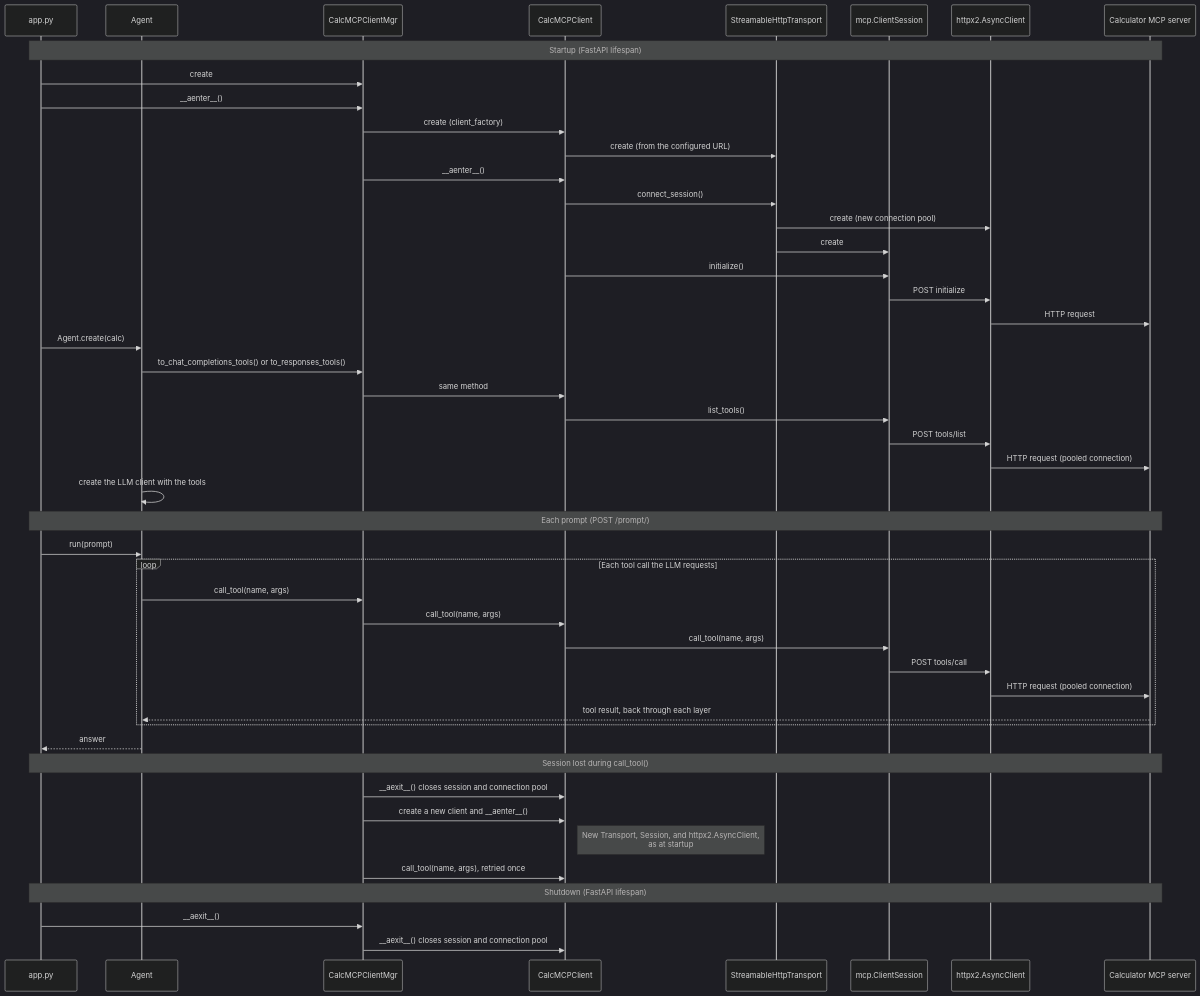
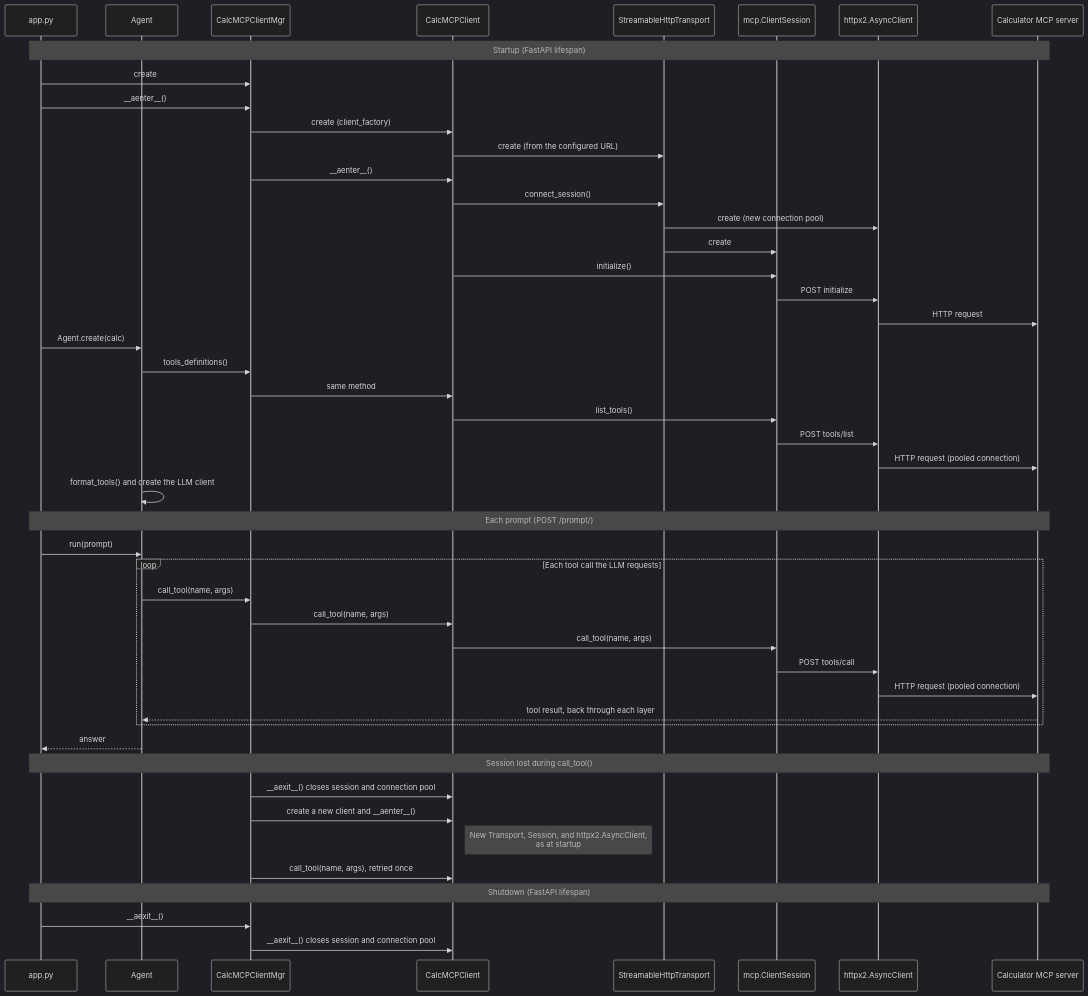
One commit to rubensgomes-org/math-ai-agent changed the diagram in docs/SEQUENCE_DIAGRAM.md. Above: the diagram before and after it, drawn with Mermaid (dark theme). The commit also changed 18 other files, not shown here.

````diff
--- a/docs/SEQUENCE_DIAGRAM.md
+++ b/docs/SEQUENCE_DIAGRAM.md
@@ -11,53 +11,53 @@
 ```mermaid
 sequenceDiagram
     participant App as app.py
     participant Agent
     participant Conn as CalcMCPClientMgr
     participant Client as CalcMCPClient
     participant Transport as StreamableHttpTransport
     participant Session as mcp.ClientSession
     participant Http as httpx2.AsyncClient
     participant Server as Calculator MCP server
 
     Note over App,Server: Startup (FastAPI lifespan)
     App->>Conn: create
     App->>Conn: __aenter__()
     Conn->>Client: create (client_factory)
     Client->>Transport: create (from the configured URL)
     Conn->>Client: __aenter__()
     Client->>Transport: connect_session()
     Transport->>Http: create (new connection pool)
     Transport->>Session: create
     Client->>Session: initialize()
     Session->>Http: POST initialize
     Http->>Server: HTTP request
     App->>Agent: Agent.create(calc)
-    Agent->>Conn: to_chat_completions_tools() or to_responses_tools()
+    Agent->>Conn: tools_definitions()
     Conn->>Client: same method
     Client->>Session: list_tools()
     Session->>Http: POST tools/list
     Http->>Server: HTTP request (pooled connection)
-    Agent->>Agent: create the LLM client with the tools
+    Agent->>Agent: format_tools() and create the LLM client
 
     Note over App,Server: Each prompt (POST /prompt/)
     App->>Agent: run(prompt)
     loop Each tool call the LLM requests
         Agent->>Conn: call_tool(name, args)
         Conn->>Client: call_tool(name, args)
         Client->>Session: call_tool(name, args)
         Session->>Http: POST tools/call
         Http->>Server: HTTP request (pooled connection)
         Server-->>Agent: tool result, back through each layer
     end
     Agent-->>App: answer
 
     Note over App,Server: Session lost during call_tool()
     Conn->>Client: __aexit__() closes session and connection pool
     Conn->>Client: create a new client and __aenter__()
     Note right of Client: New Transport, Session, and httpx2.AsyncClient,<br/>as at startup
     Conn->>Client: call_tool(name, args), retried once
 
     Note over App,Server: Shutdown (FastAPI lifespan)
     App->>Conn: __aexit__()
     Conn->>Client: __aexit__() closes session and connection pool
 ```
````
